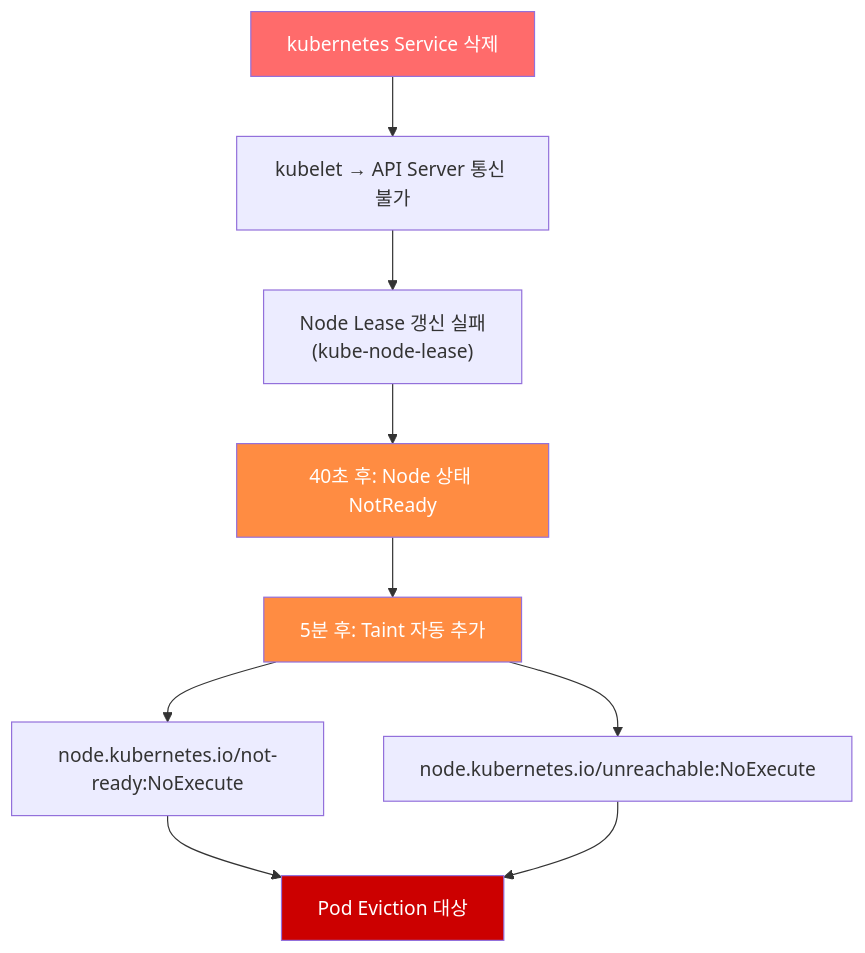
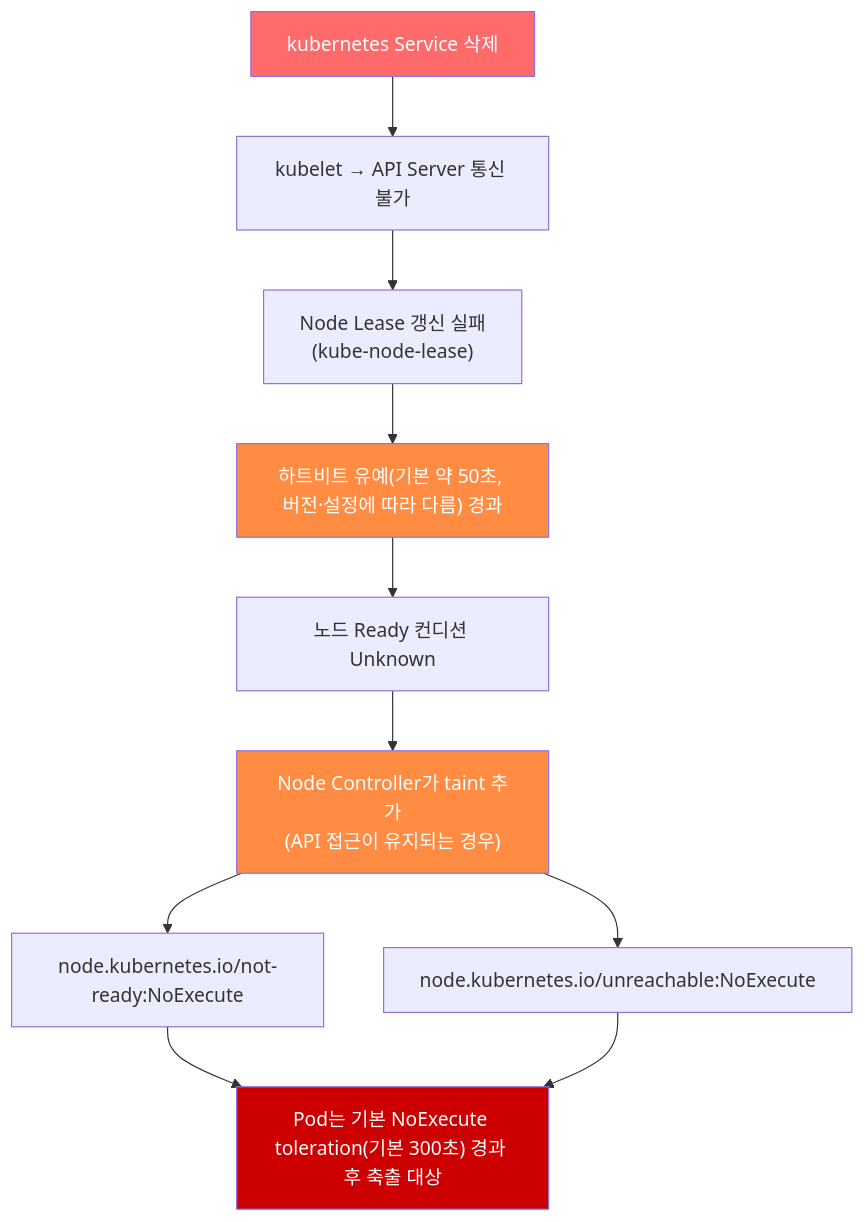
Before and after one commit to devfloor9/engineering-playbook: the second of 2 diagrams in i18n/ko/docusaurus-plugin-content-docs/current/eks-best-practices/security-authn/default-namespace-incident.md, drawn with Mermaid. The commit also changed other lines of this file and 9 other files, not shown here.

````diff
--- a/i18n/ko/docusaurus-plugin-content-docs/current/eks-best-practices/security-authn/default-namespace-incident.md
+++ b/i18n/ko/docusaurus-plugin-content-docs/current/eks-best-practices/security-authn/default-namespace-incident.md
@@ -85,16 +85,17 @@
 ```mermaid
 flowchart TD
     A["kubernetes Service 삭제"] --> B["kubelet → API Server 통신 불가"]
     B --> C["Node Lease 갱신 실패<br/>(kube-node-lease)"]
-    C --> D["40초 후: Node 상태 NotReady"]
-    D --> E["5분 후: Taint 자동 추가"]
-    E --> F["node.kubernetes.io/not-ready:NoExecute"]
-    E --> G["node.kubernetes.io/unreachable:NoExecute"]
-    F --> H["Pod Eviction 대상"]
-    G --> H
+    C --> D["하트비트 유예(기본 약 50초, 버전·설정에 따라 다름) 경과"]
+    D --> E["노드 Ready 컨디션 Unknown"]
+    E --> F["Node Controller가 taint 추가<br/>(API 접근이 유지되는 경우)"]
+    F --> G["node.kubernetes.io/not-ready:NoExecute"]
+    F --> H["node.kubernetes.io/unreachable:NoExecute"]
+    G --> I["Pod는 기본 NoExecute toleration(기본 300초) 경과 후 축출 대상"]
+    H --> I
 
     style A fill:#ff6b6b,color:#fff
     style D fill:#ff8c42,color:#fff
-    style E fill:#ff8c42,color:#fff
-    style H fill:#cc0000,color:#fff
+    style F fill:#ff8c42,color:#fff
+    style I fill:#cc0000,color:#fff
 ```
````
